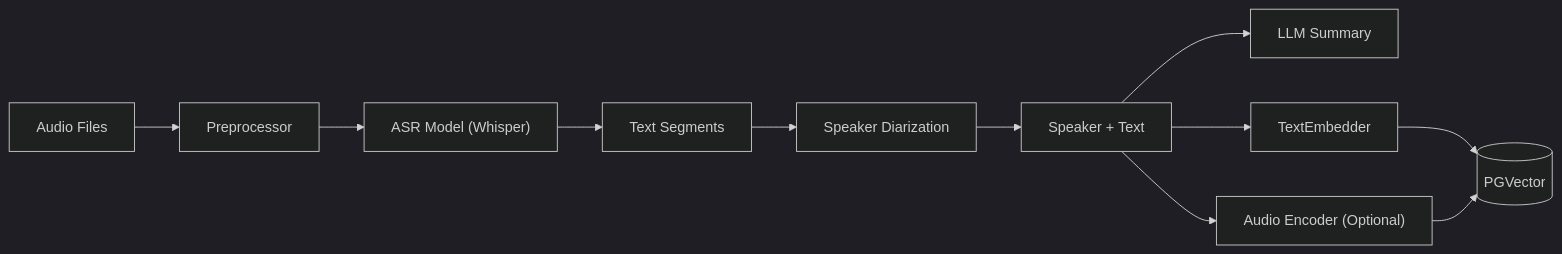
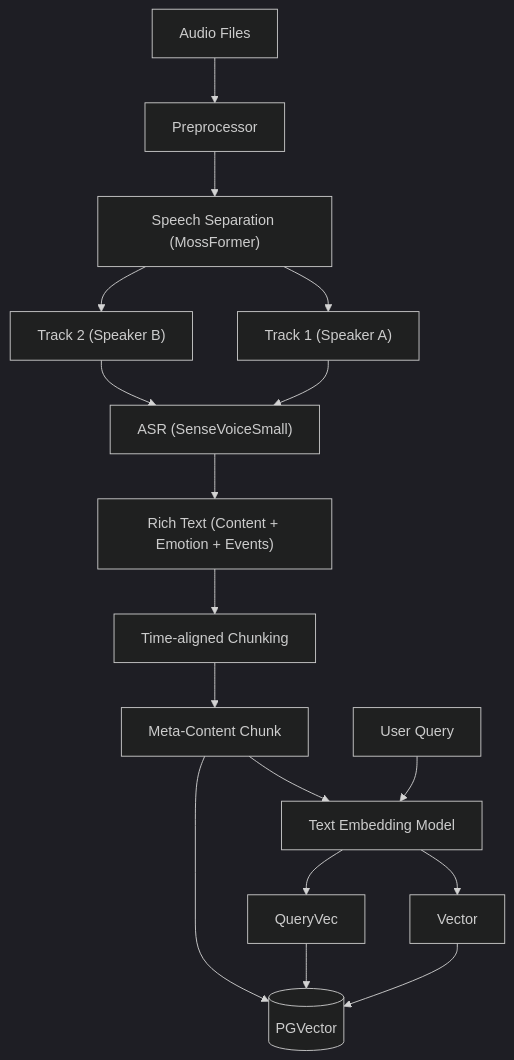
Before and after one commit to otoTree/AgentOS: the diagram in docs/rag/audio/spec.md, drawn with Mermaid (dark theme). The commit also changed other lines of this file and 9 other files, not shown here.

````diff
--- a/docs/rag/audio/spec.md
+++ b/docs/rag/audio/spec.md
@@ -9,16 +11,26 @@
 ```mermaid
-graph LR
+graph TD
     Input[Audio Files] --> Preprocessor
-    Preprocessor --> ASR["ASR Model (Whisper)"]
-    ASR --> Transcripts[Text Segments]
+    Preprocessor --> Separation["Speech Separation (MossFormer)"]
     
-    Transcripts --> Diarization[Speaker Diarization]
-    Diarization --> AnnotatedSegments[Speaker + Text]
+    Separation --> Track1["Track 1 (Speaker A)"]
+    Separation --> Track2["Track 2 (Speaker B)"]
     
-    AnnotatedSegments --> Summarizer[LLM Summary]
-    AnnotatedSegments --> AudioEmbedder["Audio Encoder (Optional)"]
-    AnnotatedSegments --> TextEmbedder
+    Track1 --> ASR["ASR (SenseVoiceSmall)"]
+    Track2 --> ASR
     
-    TextEmbedder --> VectorDB[(PGVector)]
-    AudioEmbedder --> VectorDB
+    ASR --> RichText["Rich Text (Content + Emotion + Events)"]
+    
+    RichText --> Chunking[Time-aligned Chunking]
+    Chunking --> MetaContent[Meta-Content Chunk]
+    
+    MetaContent --> TextEmbedder[Text Embedding Model]
+    TextEmbedder --> Vector[Vector]
+    
+    Vector --> VectorDB[(PGVector)]
+    MetaContent --> VectorDB
+    
+    Query[User Query] --> TextEmbedder
+    TextEmbedder --> QueryVec
+    QueryVec --> VectorDB
 ```
````
